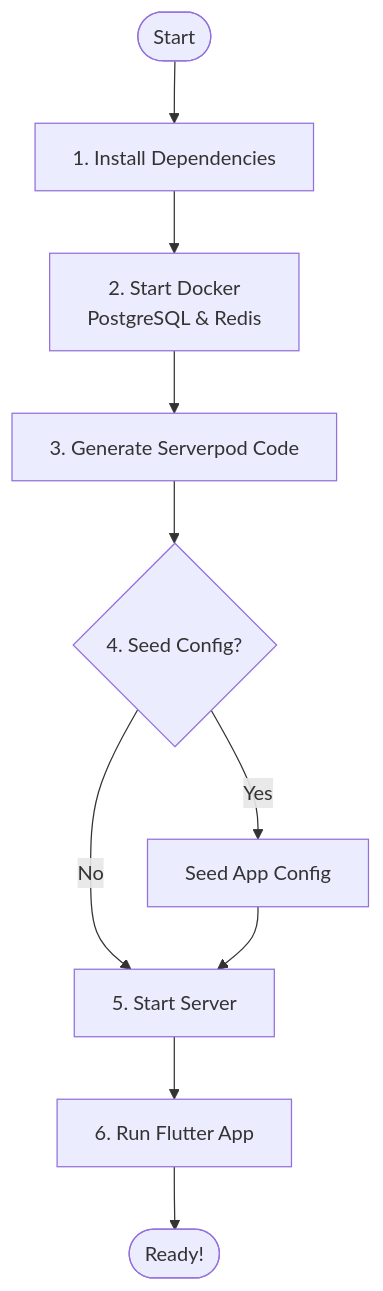
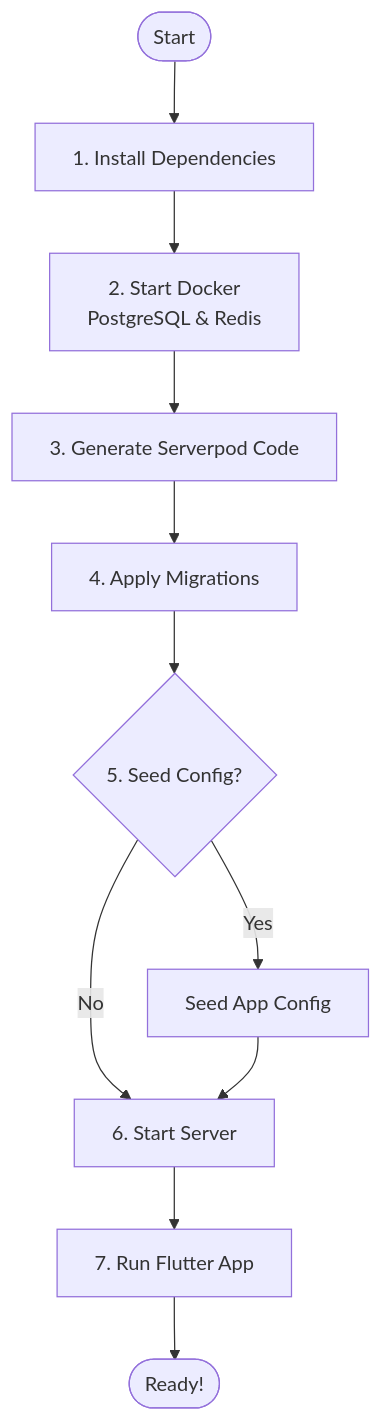
One commit to gurkanfikretgunak/masterfabric_serverpod changed the third of 16 diagrams in README.md. Above: the diagram before and after it, drawn with Mermaid. The commit also changed other lines of this file and 1 other file, not shown here.

````diff
--- a/README.md
+++ b/README.md
@@ -402,12 +403,13 @@
 ```mermaid
 flowchart TD
     Start([Start]) --> Install[1. Install Dependencies]
     Install --> Docker[2. Start Docker<br/>PostgreSQL & Redis]
     Docker --> Generate[3. Generate Serverpod Code]
-    Generate --> Seed{4. Seed Config?}
+    Generate --> Migrate[4. Apply Migrations]
+    Migrate --> Seed{5. Seed Config?}
     Seed -->|Yes| SeedData[Seed App Config]
     Seed -->|No| StartServer
-    SeedData --> StartServer[5. Start Server]
-    StartServer --> RunFlutter[6. Run Flutter App]
+    SeedData --> StartServer[6. Start Server]
+    StartServer --> RunFlutter[7. Run Flutter App]
     RunFlutter --> Done([Ready!])
 ```
````
